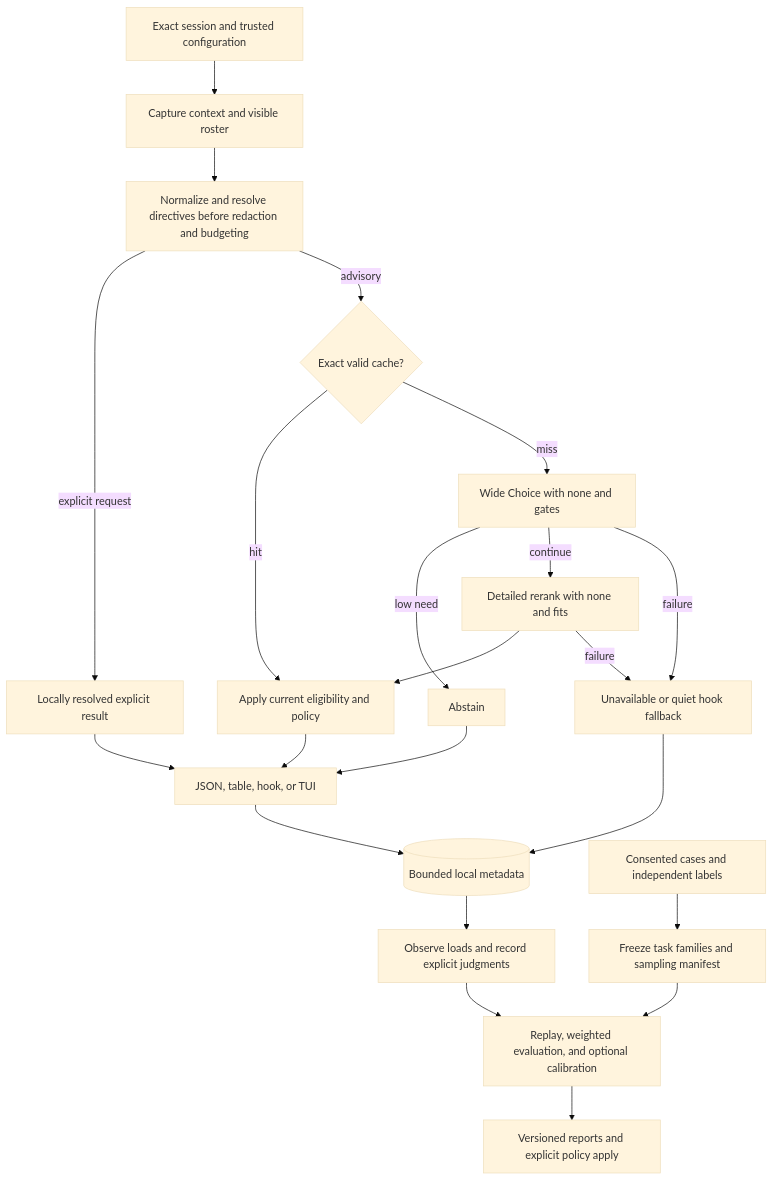
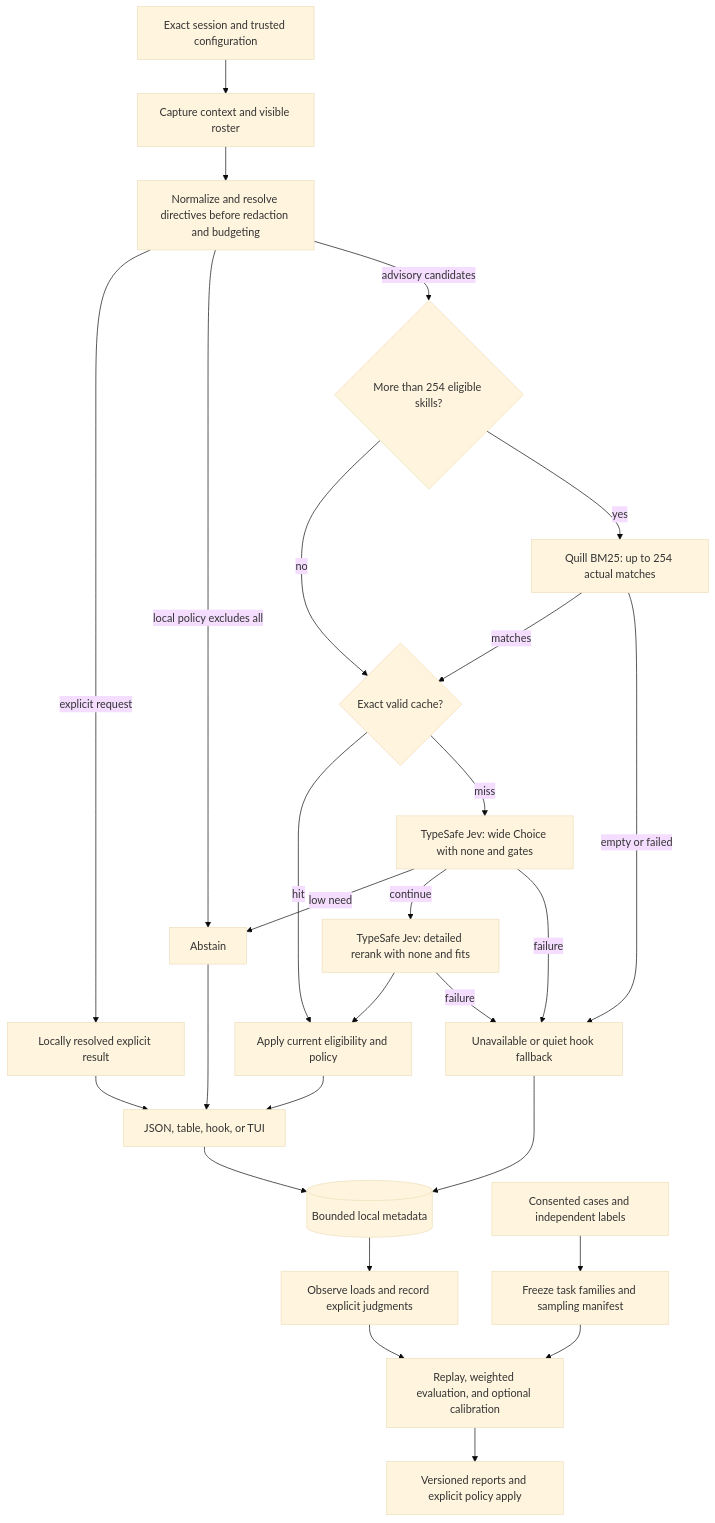
Before and after one commit to Dicklesworthstone/skillranker: the diagram in README.md, drawn with Mermaid (base theme). The commit also changed other lines of this file, not shown here.

First line of the commit message:
docs(readme): clarify Quill retrieval flow and failure semantics

````diff
--- a/README.md
+++ b/README.md
@@ -1004,24 +1035,29 @@
 ```mermaid
 flowchart TD
     A[Exact session and trusted configuration] --> B[Capture context and visible roster]
     B --> C[Normalize and resolve directives before redaction and budgeting]
     C -->|explicit request| X[Locally resolved explicit result]
-    C -->|advisory| K{Exact valid cache?}
+    C -->|local policy excludes all| N[Abstain]
+    C -->|advisory candidates| Q{More than 254 eligible skills?}
+    Q -->|no| K{Exact valid cache?}
+    Q -->|yes| QR[Quill BM25: up to 254 actual matches]
+    QR -->|matches| K
+    QR -->|empty or failed| U[Unavailable or quiet hook fallback]
     K -->|hit| P[Apply current eligibility and policy]
-    K -->|miss| W[Wide Choice with none and gates]
-    W -->|low need| N[Abstain]
-    W -->|continue| R[Detailed rerank with none and fits]
+    K -->|miss| W[TypeSafe Jev: wide Choice with none and gates]
+    W -->|low need| N
+    W -->|continue| R[TypeSafe Jev: detailed rerank with none and fits]
     R --> P
     P --> O[JSON, table, hook, or TUI]
-    W -->|failure| U[Unavailable or quiet hook fallback]
+    W -->|failure| U
     R -->|failure| U
     X --> O
     N --> O
     O --> L[(Bounded local metadata)]
     U --> L
     L --> F[Observe loads and record explicit judgments]
     F --> E[Replay, weighted evaluation, and optional calibration]
     D[Consented cases and independent labels] --> S[Freeze task families and sampling manifest]
     S --> E
     E --> V[Versioned reports and explicit policy apply]
 ```
````
